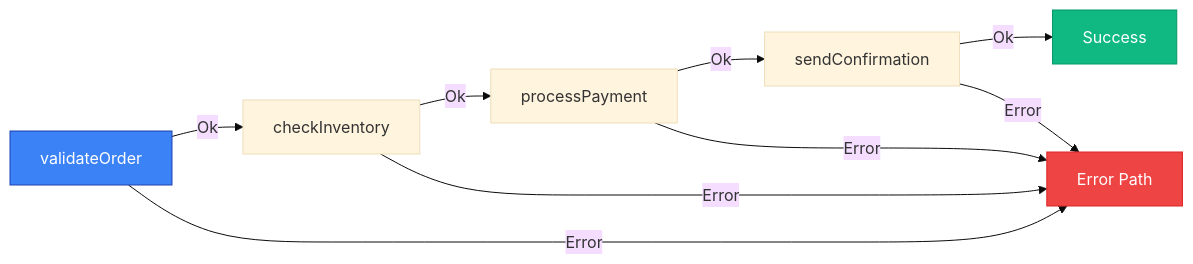
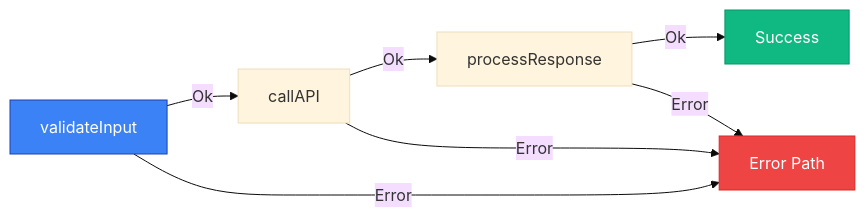
Before and after one commit to btravers/temporal-contract: the second of 2 diagrams in website/docs/guide/result-pattern.md, drawn with Mermaid (base theme). The commit also changed other lines of this file and 12 other files, not shown here.

````diff
--- a/website/docs/guide/result-pattern.md
+++ b/website/docs/guide/result-pattern.md
@@ -271,15 +315,13 @@
 ```mermaid
 graph LR
-    A[validateOrder] -->|Ok| B[checkInventory]
+    A[validateInput] -->|Ok| B[callAPI]
     A -->|Error| E[Error Path]
-    B -->|Ok| C[processPayment]
+    B -->|Ok| C[processResponse]
     B -->|Error| E
-    C -->|Ok| D[sendConfirmation]
+    C -->|Ok| D[Success]
     C -->|Error| E
-    D -->|Ok| F[Success]
-    D -->|Error| E
 
     style A fill:#3b82f6,stroke:#1e40af,color:#fff
-    style F fill:#10b981,stroke:#059669,color:#fff
+    style D fill:#10b981,stroke:#059669,color:#fff
     style E fill:#ef4444,stroke:#dc2626,color:#fff
 ```
````
